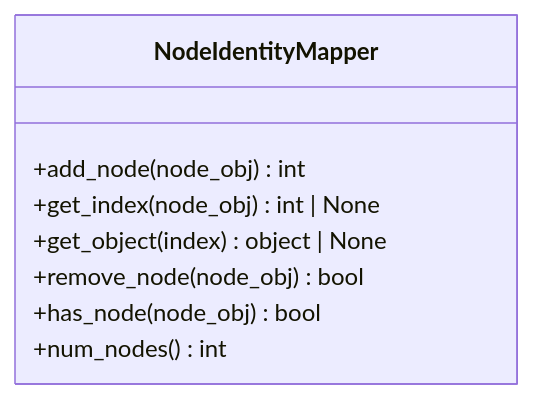
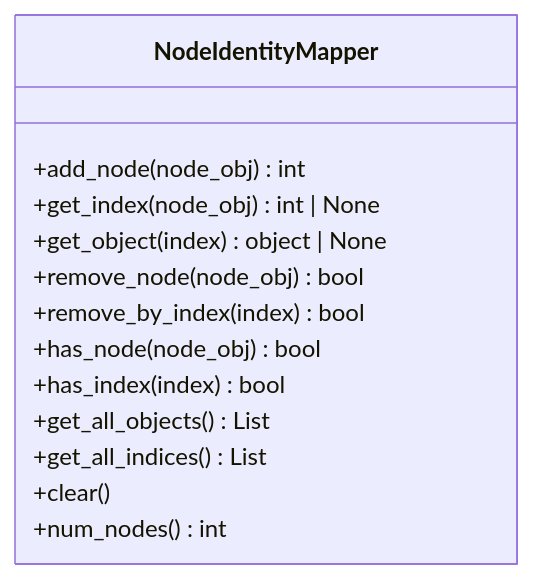
Before and after one commit to kr4g/Klotho: the first of 2 diagrams in docs/architecture/09_UTILS.md, drawn with Mermaid. The commit also changed other lines of this file and 14 other files, not shown here.

First line of the commit message:
Refresh architecture docs and Sphinx index for 10.x API (10.11.1)

````diff
--- a/docs/architecture/09_UTILS.md
+++ b/docs/architecture/09_UTILS.md
@@ -155,11 +160,16 @@
 ```mermaid
 classDiagram
     class NodeIdentityMapper {
         +add_node(node_obj) int
         +get_index(node_obj) int | None
         +get_object(index) object | None
         +remove_node(node_obj) bool
+        +remove_by_index(index) bool
         +has_node(node_obj) bool
+        +has_index(index) bool
+        +get_all_objects() List
+        +get_all_indices() List
+        +clear()
         +num_nodes() int
     }
 ```
````
